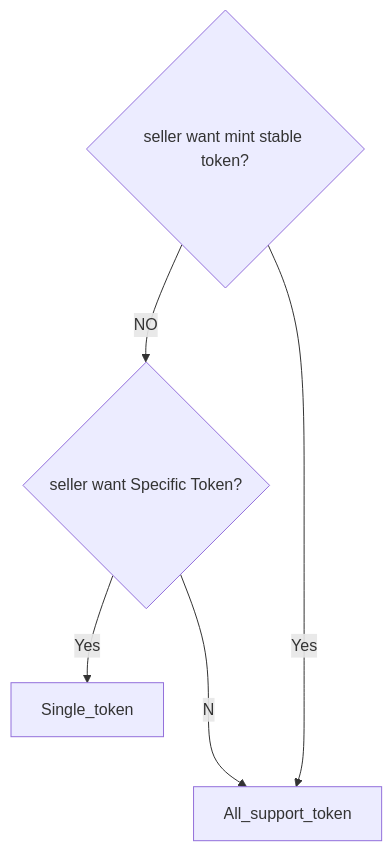
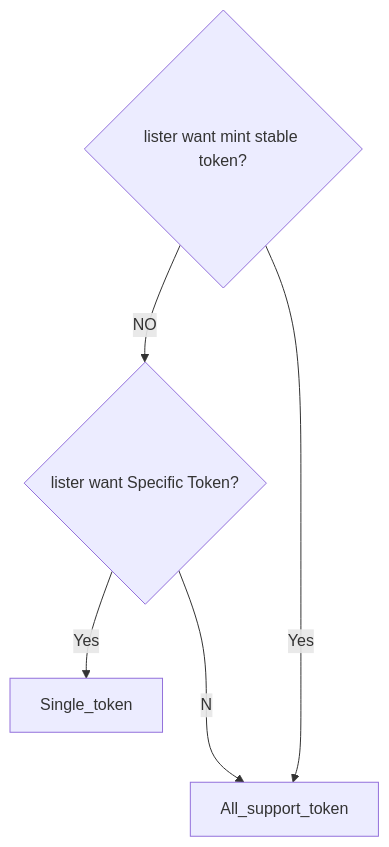
Before and after one commit to UnUniFi/chain: the first of 2 diagrams in x/nftmarket/spec/04.tokens.md, drawn with Mermaid. The commit also changed 7 other files, not shown here.

````diff
--- a/x/nftmarket/spec/04.tokens.md
+++ b/x/nftmarket/spec/04.tokens.md
@@ -7,10 +7,10 @@
 ```mermaid
 flowchart TD
-	check_mint{seller want mint stable token?}
-	check_token{seller want Specific Token?}
+	check_mint{lister want mint stable token?}
+	check_token{lister want Specific Token?}
 
 	check_mint--NO--> check_token
 	check_token--Yes--> Single_token
 	check_token--No--> All_support_token
 	check_mint--Yes-->  All_support_token
 ```
````
